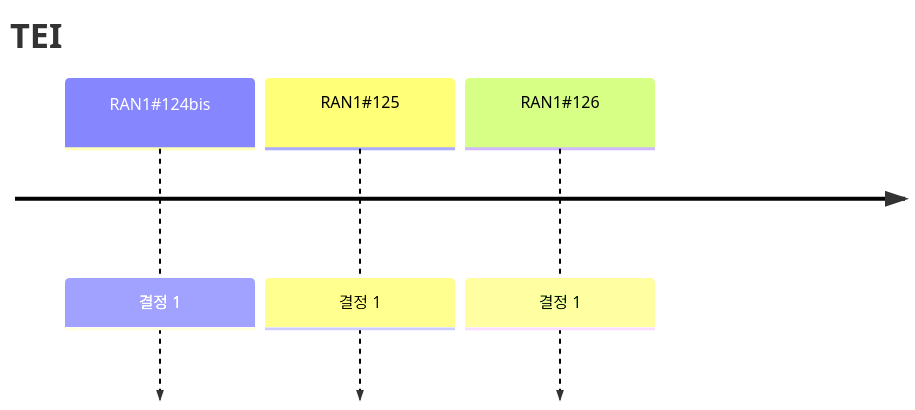
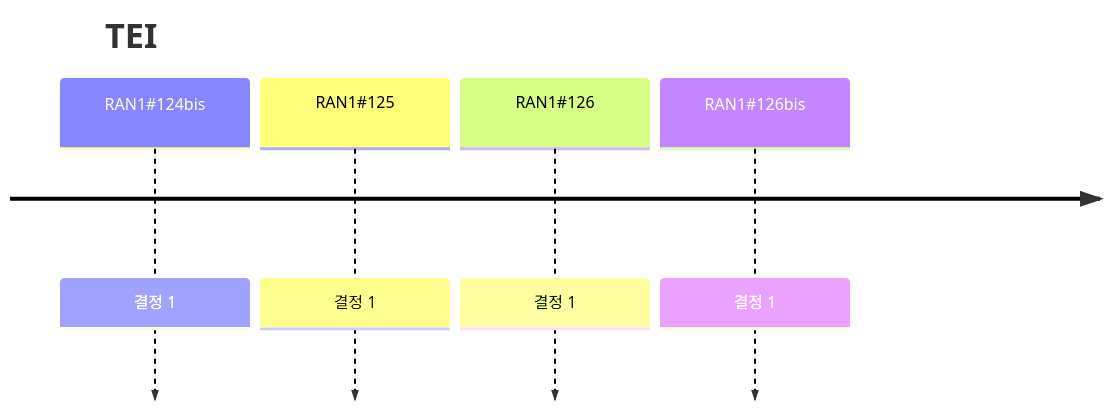
Before and after one commit to jgunmoon/JG_Test_Project: the diagram in reports/by_agenda/tei.md, drawn with Mermaid. The commit also changed other lines of this file and 18 other files, not shown here.

First line of the commit message:
Also look for Chair notes in Meetings_3GPP_SYNC and add RAN1#126bis

````diff
--- a/reports/by_agenda/tei.md
+++ b/reports/by_agenda/tei.md
@@ -9,7 +9,8 @@
 ```mermaid
 timeline
     title TEI
     RAN1#35;124bis : 결정 1
     RAN1#35;125 : 결정 1
     RAN1#35;126 : 결정 1
+    RAN1#35;126bis : 결정 1
 ```
````
